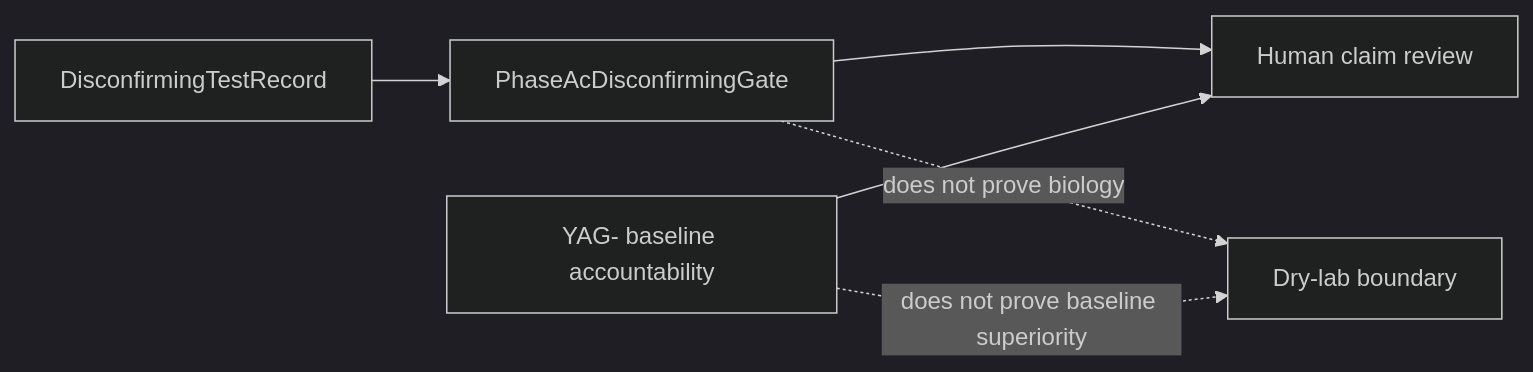
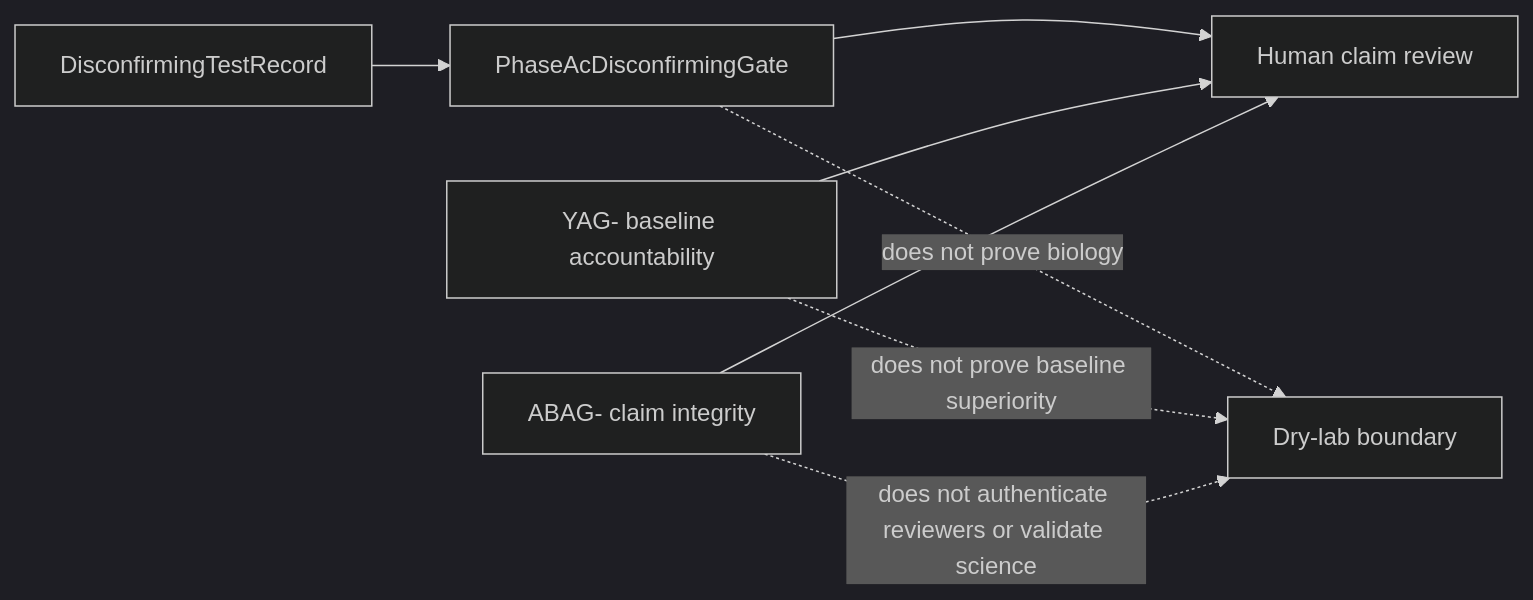
The second of 4 diagrams in src/openamp_foundry/evidence/AGENTS.md (Open-Problem-Lab/OpenAMP-Foundry), drawn with Mermaid (dark theme) before and after one commit. The commit also changed other lines of this file and 16 other files, not shown here.

First line of the commit message:
feat: expose claim integrity gate workflow (#13)

````diff
--- a/src/openamp_foundry/evidence/AGENTS.md
+++ b/src/openamp_foundry/evidence/AGENTS.md
@@ -37,8 +39,10 @@
 ```mermaid
 flowchart LR
   Record["DisconfirmingTestRecord"] --> Gate["PhaseAcDisconfirmingGate"]
   Gate --> Review["Human claim review"]
   Gate -. "does not prove biology" .-> Boundary["Dry-lab boundary"]
   YAG["YAG- baseline accountability"] --> Review
   YAG -. "does not prove baseline superiority" .-> Boundary
+  ABAG["ABAG- claim integrity"] --> Review
+  ABAG -. "does not authenticate reviewers or validate science" .-> Boundary
 ```
````
